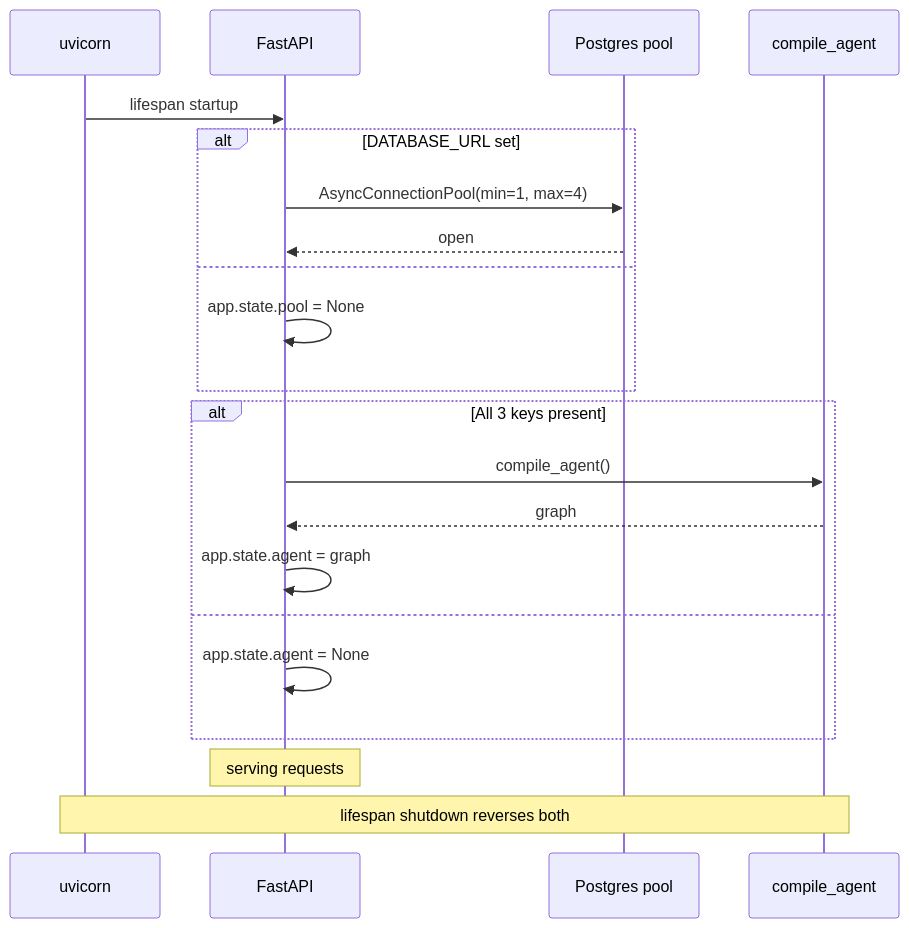
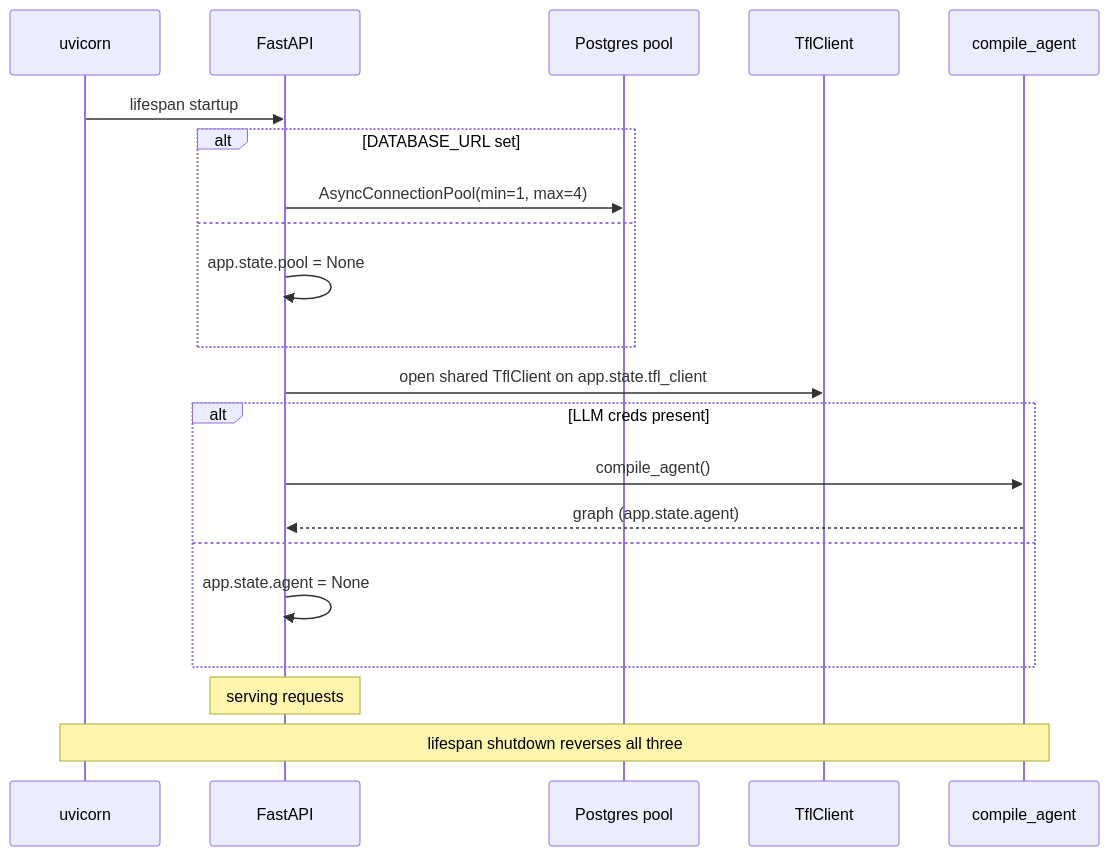
The first of 2 diagrams in docs/pipelines/api.md (hcslomeu/tfl-monitor), drawn with Mermaid before and after one commit. The commit also changed other lines of this file and 15 other files, not shown here.

First line of the commit message:
docs: sync mkdocs site with live-proxy architecture (TM-35) (#131)

````diff
--- a/docs/pipelines/api.md
+++ b/docs/pipelines/api.md
@@ -32,25 +36,24 @@
 ```mermaid
 sequenceDiagram
     participant Boot as uvicorn
     participant App as FastAPI
     participant DB as Postgres pool
+    participant TFL as TflClient
     participant LLM as compile_agent
 
     Boot->>App: lifespan startup
     alt DATABASE_URL set
       App->>DB: AsyncConnectionPool(min=1, max=4)
-      DB-->>App: open
     else
       App->>App: app.state.pool = None
     end
-    alt All 3 keys present
+    App->>TFL: open shared TflClient on app.state.tfl_client
+    alt LLM creds present
       App->>LLM: compile_agent()
-      LLM-->>App: graph
-      App->>App: app.state.agent = graph
+      LLM-->>App: graph (app.state.agent)
     else
       App->>App: app.state.agent = None
     end
-
     Note over App: serving requests
-    Note over Boot,LLM: lifespan shutdown reverses both
+    Note over Boot,LLM: lifespan shutdown reverses all three
 ```
````
